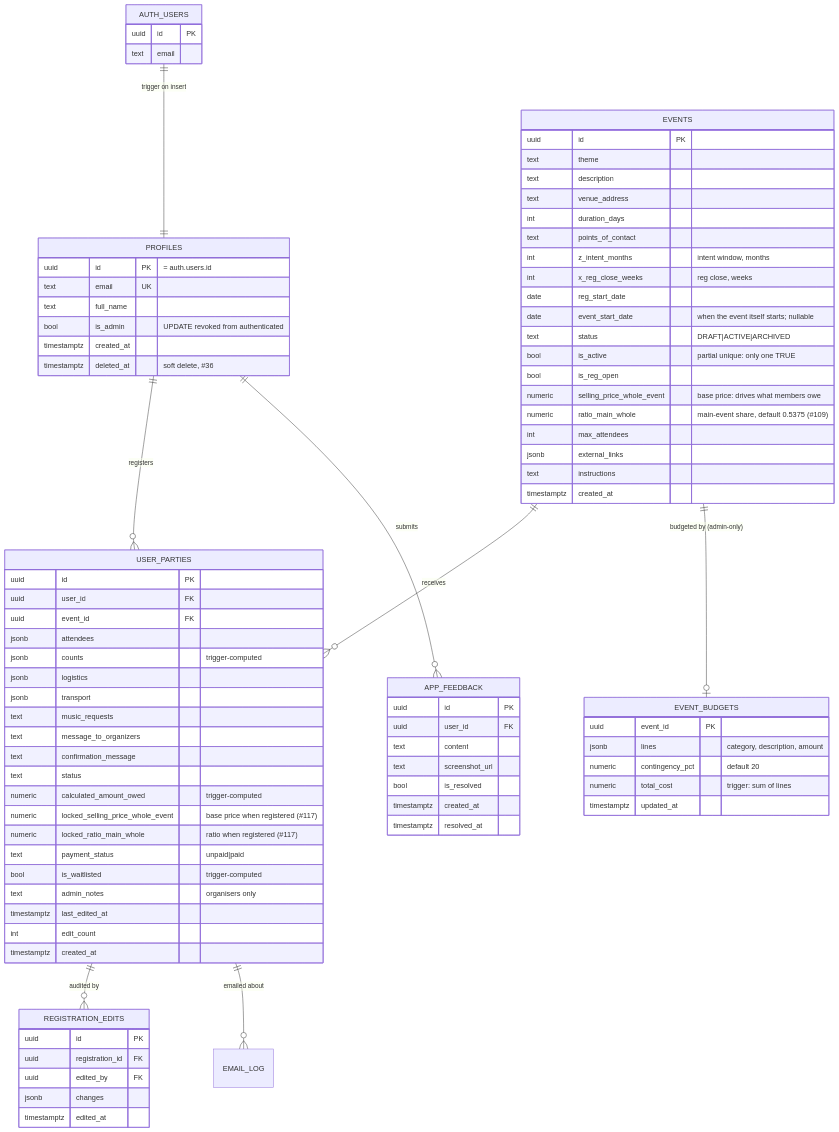
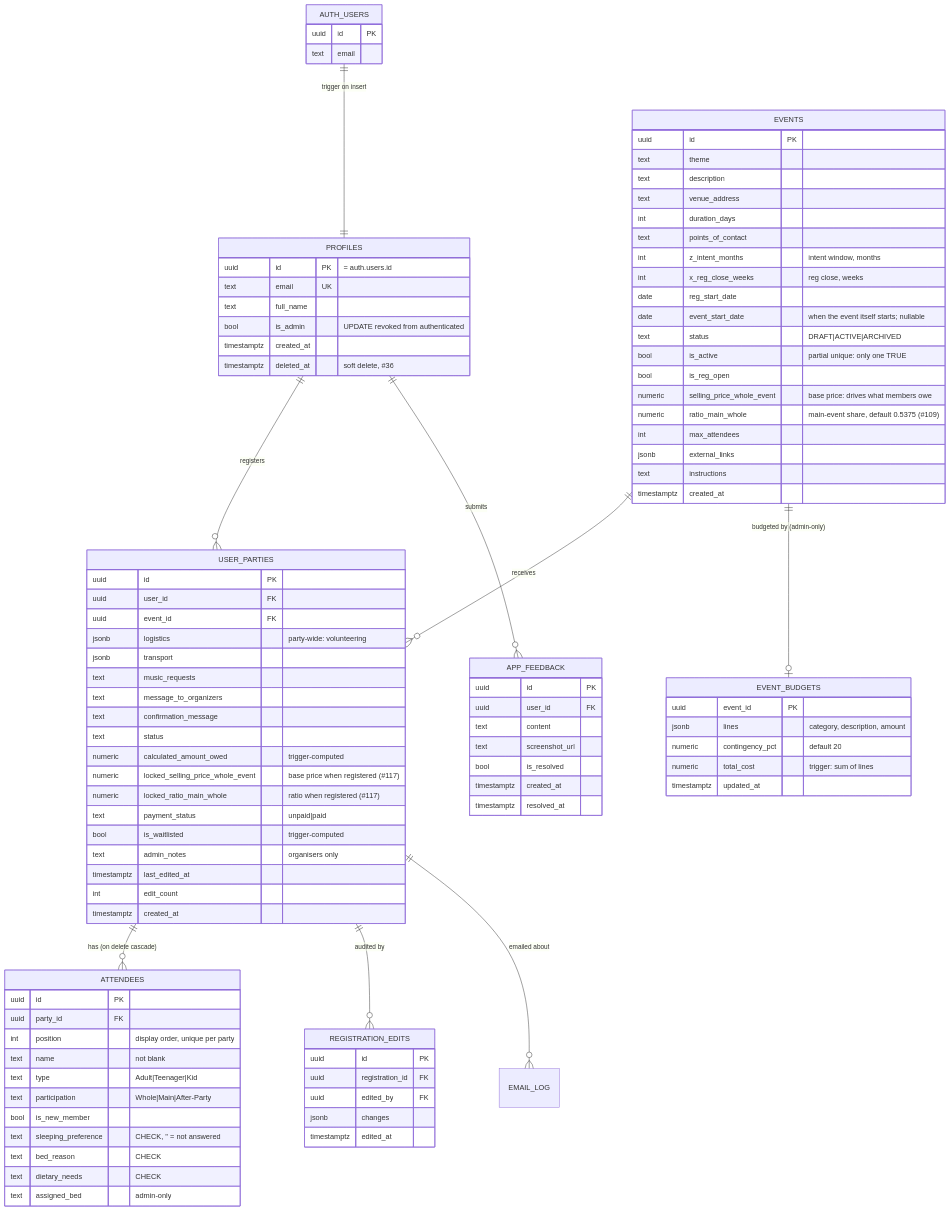
The first of 2 diagrams in docs/03-data-model.md (YULmix/yulmix-la-bedaine), drawn with Mermaid before and after one commit. The commit also changed other lines of this file and 25 other files, not shown here.

```diff
--- a/docs/03-data-model.md
+++ b/docs/03-data-model.md
@@ -12,6 +12,7 @@
   AUTH_USERS ||--|| PROFILES : "trigger on insert"
   PROFILES ||--o{ USER_PARTIES : "registers"
   EVENTS ||--o{ USER_PARTIES : "receives"
+  USER_PARTIES ||--o{ ATTENDEES : "has (on delete cascade)"
   EVENTS ||--o| EVENT_BUDGETS : "budgeted by (admin-only)"
   PROFILES ||--o{ APP_FEEDBACK : "submits"
   USER_PARTIES ||--o{ REGISTRATION_EDITS : "audited by"
@@ -61,9 +62,7 @@
     uuid id PK
     uuid user_id FK
     uuid event_id FK
-    jsonb attendees
-    jsonb counts "trigger-computed"
-    jsonb logistics
+    jsonb logistics "party-wide: volunteering"
     jsonb transport
     text music_requests
     text message_to_organizers
@@ -78,6 +77,19 @@
     timestamptz last_edited_at
     int edit_count
     timestamptz created_at
+  }
+  ATTENDEES {
+    uuid id PK
+    uuid party_id FK
+    int position "display order, unique per party"
+    text name "not blank"
+    text type "Adult|Teenager|Kid"
+    text participation "Whole|Main|After-Party"
+    bool is_new_member
+    text sleeping_preference "CHECK, '' = not answered"
+    text bed_reason "CHECK"
+    text dietary_needs "CHECK"
+    text assigned_bed "admin-only"
   }
   APP_FEEDBACK {
     uuid id PK
```
